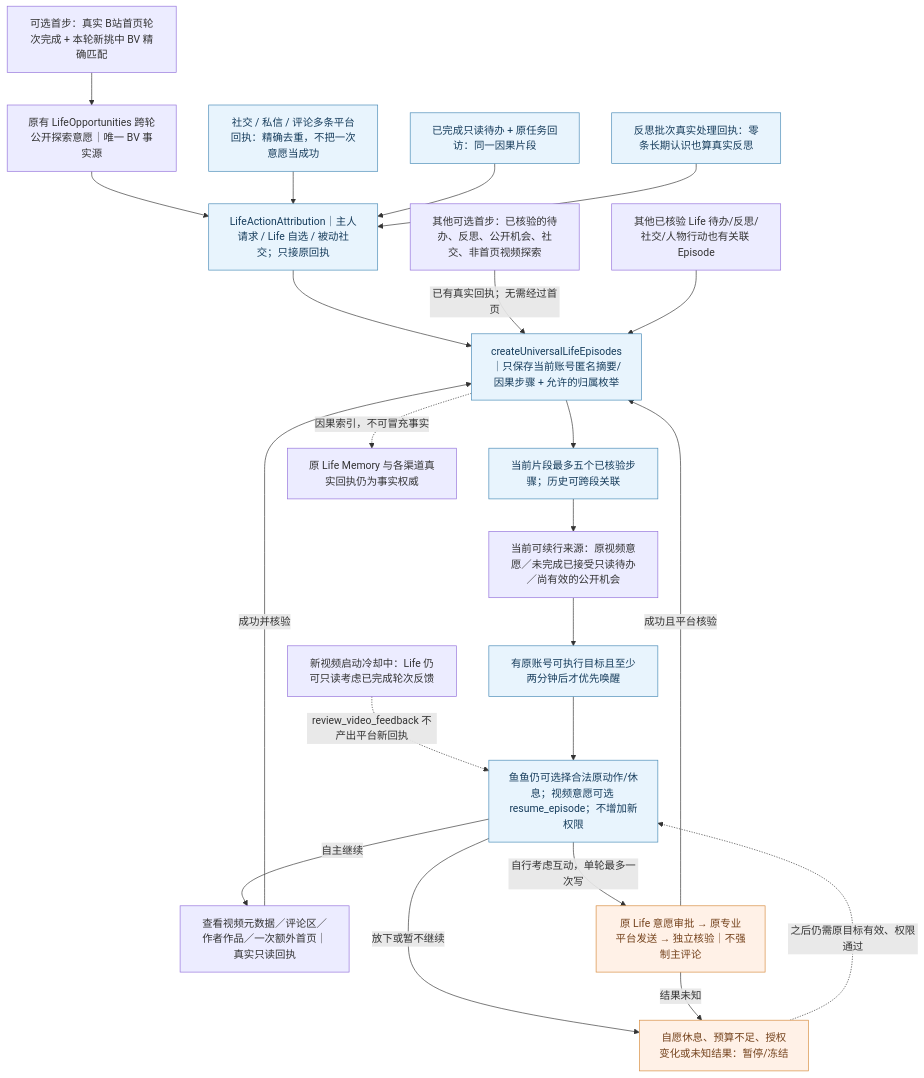
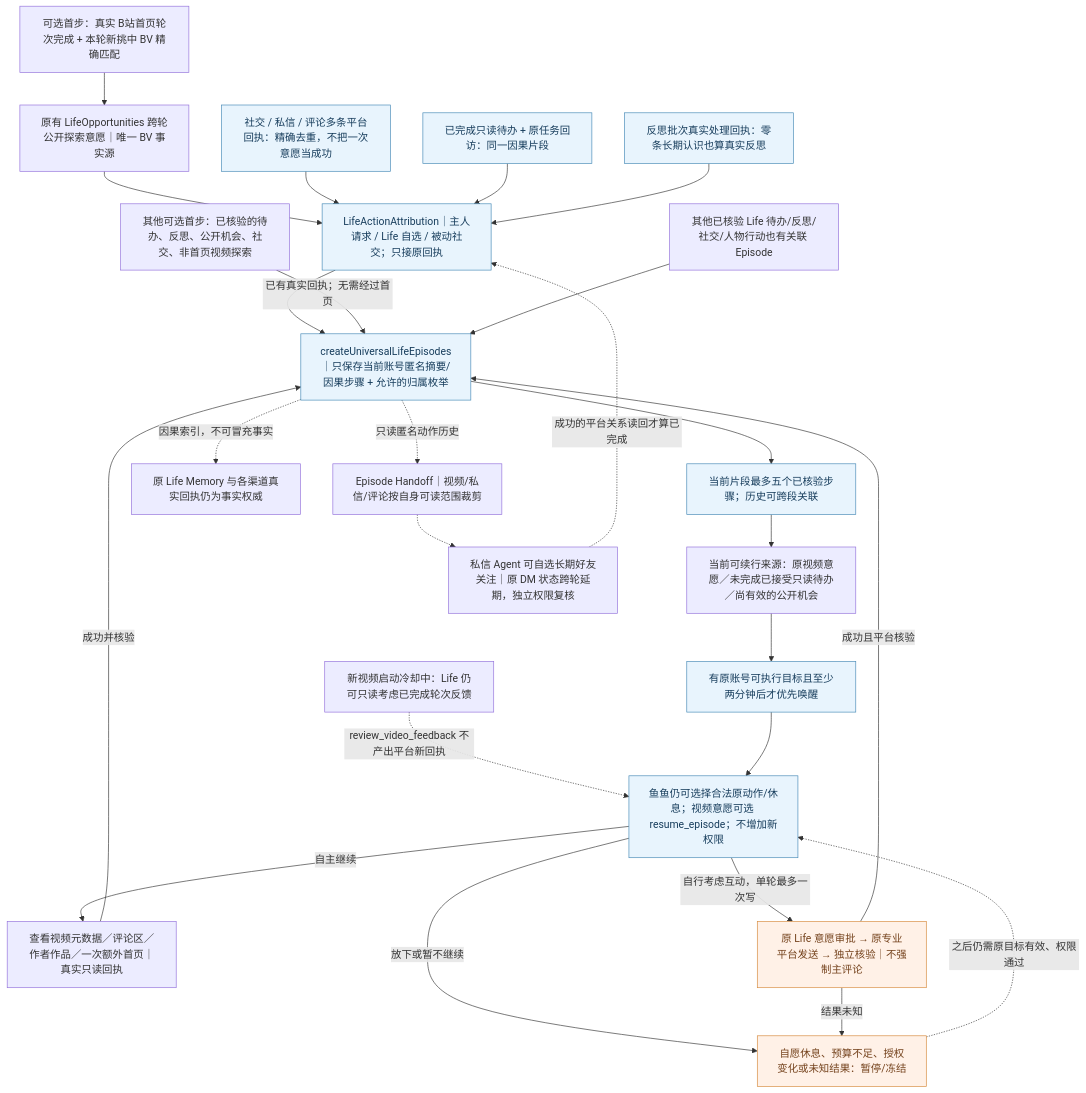
One commit to minedalang/dsh-dafeiyu-life changed the diagram in docs/architecture/diagrams/life-universal-episodes-current.mmd. Above: the diagram before and after it, drawn with Mermaid. The commit also changed 25 other files, not shown here.

Commit message:
feat(life): dev38 life系统下子Agent可以在自己的决策过程中提出后续行为，而不是只能等待Life顶层替它选择。

```diff
--- a/docs/architecture/diagrams/life-universal-episodes-current.mmd
+++ b/docs/architecture/diagrams/life-universal-episodes-current.mmd
@@ -1,59 +1,68 @@
 %% dev.37 统一归属 + dev.36 Universal Episode：有意义的自主动作共享因果归属，不改变原平台授权
 flowchart TB
   child["可选首步：真实 B站首页轮次完成 + 本轮新挑中 BV 精确匹配"]
   firstOther["其他可选首步：已核验的待办、反思、公开机会、社交、非首页视频探索"]
   eligible["当前可续行来源：原视频意愿／未完成已接受只读待办／尚有效的公开机会"]
   canonical["原有 LifeOpportunities 跨轮公开探索意愿｜唯一 BV 事实源"]
   attribution["LifeActionAttribution｜主人请求 / Life 自选 / 被动社交；只接原回执"]
   socialReceipt["社交 / 私信 / 评论多条平台回执：精确去重，不把一次意愿当成功"]
   todoReceipt["已完成只读待办 + 原任务回访：同一因果片段"]
   reflectionReceipt["反思批次真实处理回执：零条长期认识也算真实反思"]
   videoFeedback["新视频启动冷却中：Life 仍可只读考虑已完成轮次反馈"]
   record["createUniversalLifeEpisodes｜只保存当前账号匿名摘要/因果步骤 + 允许的归属枚举"]
   context["当前片段最多五个已核验步骤；历史可跨段关联"]
   due["有原账号可执行目标且至少两分钟后才优先唤醒"]
   menu["鱼鱼仍可选择合法原动作/休息；视频意愿可选 resume_episode；不增加新权限"]
   read["查看视频元数据／评论区／作者作品／一次额外首页｜真实只读回执"]
   write["原 Life 意愿审批 → 原专业平台发送 → 独立核验｜不强制主评论"]
   pause["自愿休息、预算不足、授权变化或未知结果：暂停/冻结"]
   other["其他已核验 Life 待办/反思/社交/人物行动也有关联 Episode"]
   memory["原 Life Memory 与各渠道真实回执仍为事实权威"]
   child --> canonical --> attribution --> record
   socialReceipt --> attribution
   todoReceipt --> attribution
   reflectionReceipt --> attribution
   firstOther -->|已有真实回执；无需经过首页| record
   videoFeedback -.->|review_video_feedback 不产出平台新回执| menu
   record --> context --> eligible --> due --> menu
   menu -->|自主继续| read -->|成功并核验| record
   menu -->|自行考虑互动，单轮最多一次写| write -->|成功且平台核验| record
   menu -->|放下或暂不继续| pause
   write -->|结果未知| pause
   other --> record
   record -.->|因果索引，不可冒充事实| memory
   pause -.->|之后仍需原目标有效、权限通过| menu
   classDef safe fill:#e8f4fd,stroke:#4689b6,color:#173d5c
   classDef caveat fill:#fff1e7,stroke:#d68a3c,color:#74421c
   class record,context,menu,due,attribution,socialReceipt,todoReceipt,reflectionReceipt safe
   class pause,write caveat
 
 %% @code child | index.js | const episode=lifeOpportunities.beginHomeExploration
 %% @code canonical | lib/life-opportunities.mjs | const continuations=
 %% @code firstOther | lib/autonomous-planner.mjs | const good=new Map([
 %% @code eligible | lib/life-episode-entrypoints.mjs | export function eligibleLifeEpisodeSources
 %% @code record | lib/life-universal-episodes.mjs | export function createUniversalLifeEpisodes
 %% @code context | lib/life-universal-episodes.mjs | const view=e=>
 %% @code due | lib/life-universal-episodes.mjs | const due=(
 %% @code menu | lib/autonomous-planner.mjs | action:'resume_episode'
 %% @code read | lib/autonomous-planner.mjs | const continueLifeRead=async
 %% @code write | lib/life-video-action-bridge.mjs | createLifeVideoActionBridge
 %% @code pause | lib/life-universal-episodes.mjs | const pauseLatest=(
 %% @code other | index.js | onEpisodeAction:proof=>universalLifeEpisodes.record(proof)
 %% @code memory | lib/life-memory-coordinator.mjs | createLifeMemoryCoordinator
 
 %% @code attribution | lib/life-action-attribution.mjs | export function createLifeActionAttribution
 %% @code socialReceipt | lib/life-willingness.mjs | const exact=typeof receiptId
 %% @code todoReceipt | index.js | sourceRef:'todo:'+original.id
 %% @code reflectionReceipt | lib/life-reflection.mjs | result.receiptId=receiptId
 
 %% @code videoFeedback | lib/autonomous-planner.mjs | action:'review_video_feedback'
+
+%% dev.38 专业 Agent 局部决策复用同账号匿名因果摘要；Episode 没有发送权。
+subagentHandoff["Episode Handoff｜视频/私信/评论按自身可读范围裁剪"]
+subagentFollow["私信 Agent 可自选长期好友关注｜原 DM 状态跨轮延期，独立权限复核"]
+record -.->|只读匿名动作历史| subagentHandoff
+subagentHandoff -.-> subagentFollow
+subagentFollow -.->|成功的平台关系读回才算已完成| attribution
+%% @code subagentHandoff | lib/life-subagent-continuity.mjs | export function lifeSubagentHandoff
+%% @code subagentFollow | lib/dm-autoreply.mjs | pending.status='reserved'
```
